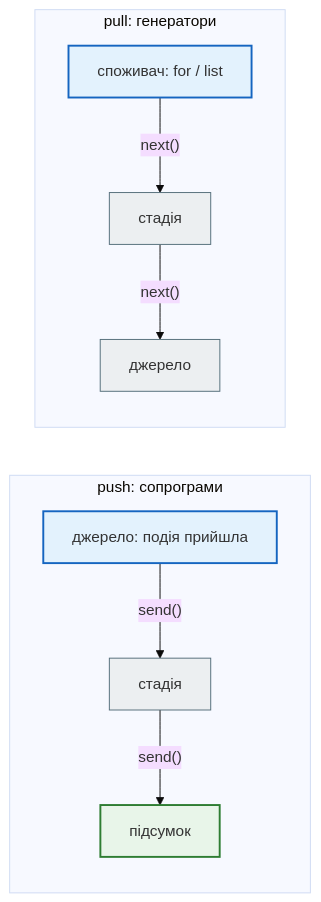
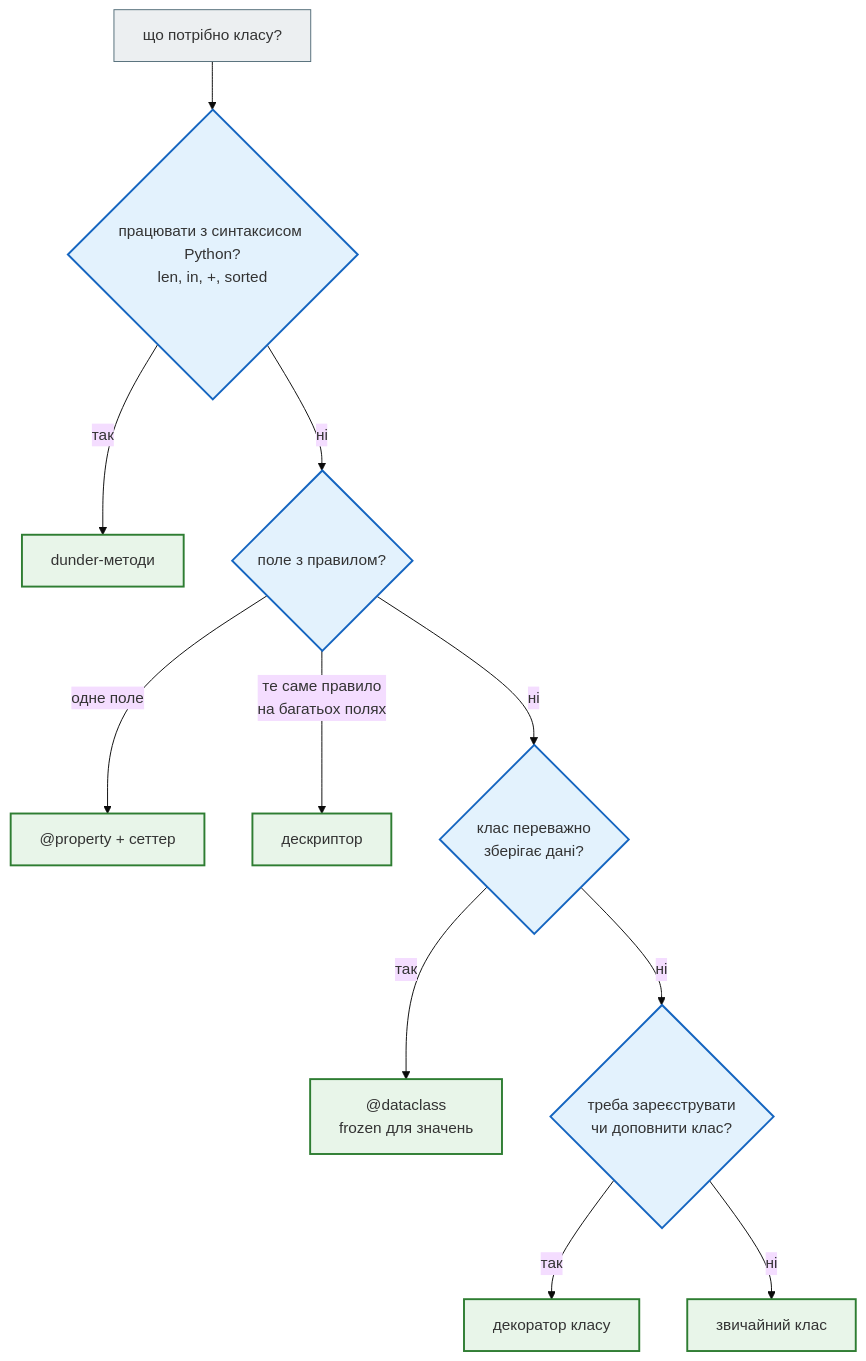
The third of 4 diagrams in docs/modules/m2/lesson_24.md (AlinaRadchenko/PY-Course-Victor-Nikoriak-22-09-2026), drawn with Mermaid (base theme) before and after one commit. The commit also changed other lines of this file and 1846 other files, not shown here.

````diff
--- a/docs/modules/m2/lesson_24.md
+++ b/docs/modules/m2/lesson_24.md
@@ -561,24 +665,23 @@
 ```mermaid
-flowchart LR
+flowchart TD
     classDef step     fill:#eceff1,stroke:#546e7a,stroke-width:1px;
     classDef decision fill:#e3f2fd,stroke:#1565c0,stroke-width:2px;
     classDef success  fill:#e8f5e9,stroke:#2e7d32,stroke-width:2px;
     classDef error    fill:#ffebee,stroke:#c62828,stroke-width:3px;
     classDef warning  fill:#fff8e1,stroke:#e65100,stroke-width:2px;
 
-    subgraph PUSH["push: сопрограми"]
-        direction TB
-        SRC2["джерело: подія прийшла"] -- "send()" --> K1["стадія"]
-        K1 -- "send()" --> K2["підсумок"]
-    end
-    subgraph PULL["pull: генератори"]
-        direction TB
-        C1["споживач: for / list"] -- "next()" --> G1["стадія"]
-        G1 -- "next()" --> SRC1["джерело"]
-    end
+    S["що потрібно класу?"] --> Q1{"працювати з синтаксисом Python?<br>len, in, +, sorted"}
+    Q1 -- так --> DUN["dunder-методи"]
+    Q1 -- ні --> Q2{"поле з правилом?"}
+    Q2 -- "одне поле" --> PROP["@property + сеттер"]
+    Q2 -- "те саме правило<br>на багатьох полях" --> DESC["дескриптор"]
+    Q2 -- ні --> Q3{"клас переважно<br>зберігає дані?"}
+    Q3 -- так --> DC["@dataclass<br>frozen для значень"]
+    Q3 -- ні --> Q4{"треба зареєструвати<br>чи доповнити клас?"}
+    Q4 -- так --> CD["декоратор класу"]
+    Q4 -- ні --> PLAIN["звичайний клас"]
 
-    class C1,SRC2 decision
-    class G1,K1 step
-    class SRC1 step
-    class K2 success
+    class S step
+    class Q1,Q2,Q3,Q4 decision
+    class DUN,PROP,DESC,DC,CD,PLAIN success
 ```
````
